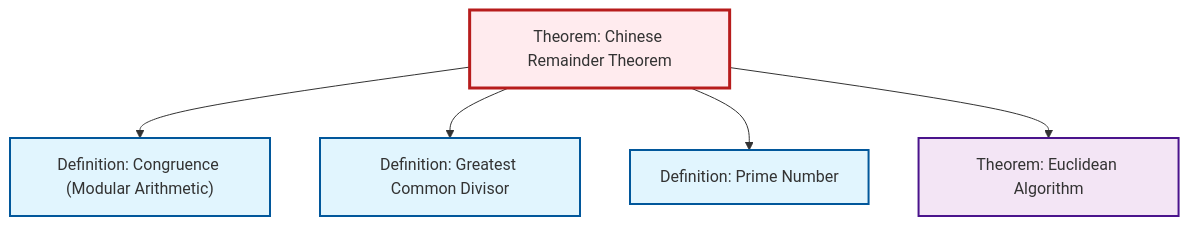
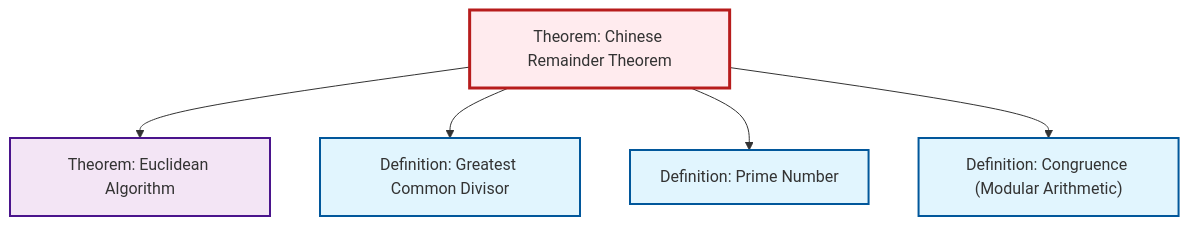
One commit to RK0429/ModernMath changed the diagram in content/ja/number-theory/thm-chinese-remainder.qmd. Above: the diagram before and after it, drawn with Mermaid. The commit also changed other lines of this file and 360 other files, not shown here.

````diff
--- a/content/ja/number-theory/thm-chinese-remainder.qmd
+++ b/content/ja/number-theory/thm-chinese-remainder.qmd
@@ -88,23 +88,23 @@
 ```{mermaid}
 %%| fig-cap: "Local dependency graph"
 graph TD
     classDef definition fill:#e1f5fe,stroke:#01579b,stroke-width:2px
     classDef theorem fill:#f3e5f5,stroke:#4a148c,stroke-width:2px
     classDef axiom fill:#fff3e0,stroke:#e65100,stroke-width:2px
     classDef example fill:#e8f5e9,stroke:#1b5e20,stroke-width:2px
     classDef current fill:#ffebee,stroke:#b71c1c,stroke-width:3px
+    thm-chinese-remainder["Theorem: Chinese Remainder Theorem"]:::theorem
+    def-prime["Definition: Prime Number"]:::definition
+    def-congruence["Definition: Congruence (Modular Arithmetic)"]:::definition
+    thm-euclidean-algorithm["Theorem: Euclidean Algorithm"]:::theorem
     def-gcd["Definition: Greatest Common Divisor"]:::definition
-    thm-euclidean-algorithm["Theorem: Euclidean Algorithm"]:::theorem
-    def-prime["Definition: Prime Number"]:::definition
-    thm-chinese-remainder["Theorem: Chinese Remainder Theorem"]:::theorem
-    def-congruence["Definition: Congruence (Modular Arithmetic)"]:::definition
-    thm-chinese-remainder --> def-congruence
+    thm-chinese-remainder --> thm-euclidean-algorithm
     thm-chinese-remainder --> def-gcd
     thm-chinese-remainder --> def-prime
-    thm-chinese-remainder --> thm-euclidean-algorithm
+    thm-chinese-remainder --> def-congruence
     class thm-chinese-remainder current
-    click def-gcd "def-gcd.html" "Definition: Greatest Common Divisorへ"
-    click thm-euclidean-algorithm "thm-euclidean-algorithm.html" "Theorem: Euclidean Algorithmへ"
     click def-prime "def-prime.html" "Definition: Prime Numberへ"
     click def-congruence "def-congruence.html" "Definition: Congruence (Modular Arithmetic)へ"
+    click thm-euclidean-algorithm "thm-euclidean-algorithm.html" "Theorem: Euclidean Algorithmへ"
+    click def-gcd "def-gcd.html" "Definition: Greatest Common Divisorへ"
 ```
````
